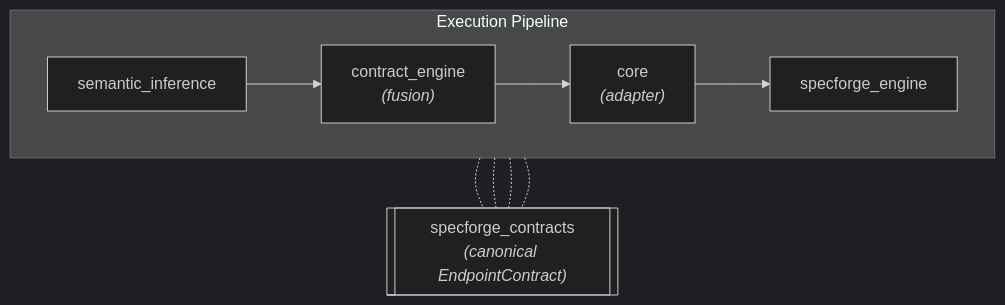
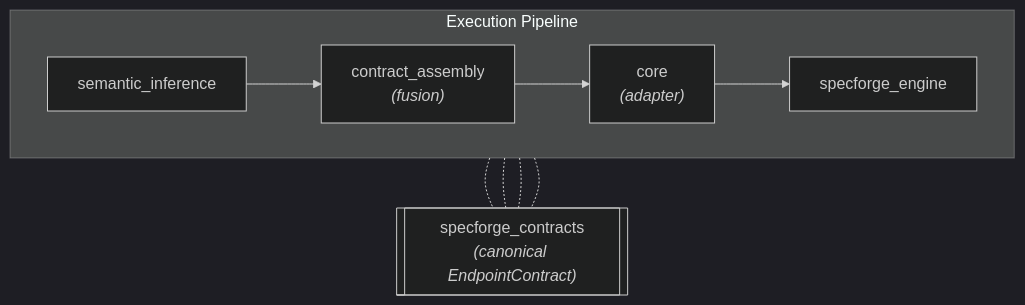
The diagram in docs/modules/contracts/index.md (Spec-Forge-Testing/specforge-docs), drawn with Mermaid (dark theme) before and after one commit. The commit also changed other lines of this file and 22 other files, not shown here.

Commit message:
docs(contract-assembly): the contract section is contract-assembly and ADR-064 records the rename

````diff
--- a/docs/modules/contracts/index.md
+++ b/docs/modules/contracts/index.md
@@ -6,16 +6,16 @@
 ```mermaid
 flowchart TD
     subgraph Flow ["Execution Pipeline"]
         direction LR
-        SI["semantic_inference"] --> CE["contract_engine<br/><i>(fusion)</i>"]
+        SI["semantic_inference"] --> CE["contract_assembly<br/><i>(fusion)</i>"]
         CE --> CO["core<br/><i>(adapter)</i>"]
         CO --> CS["specforge_engine"]
     end
 
     SC[["specforge_contracts<br/><i>(canonical EndpointContract)</i>"]]
 
     SI -.- SC
     CE -.- SC
     CO -.- SC
     CS -.- SC
 ```
````
